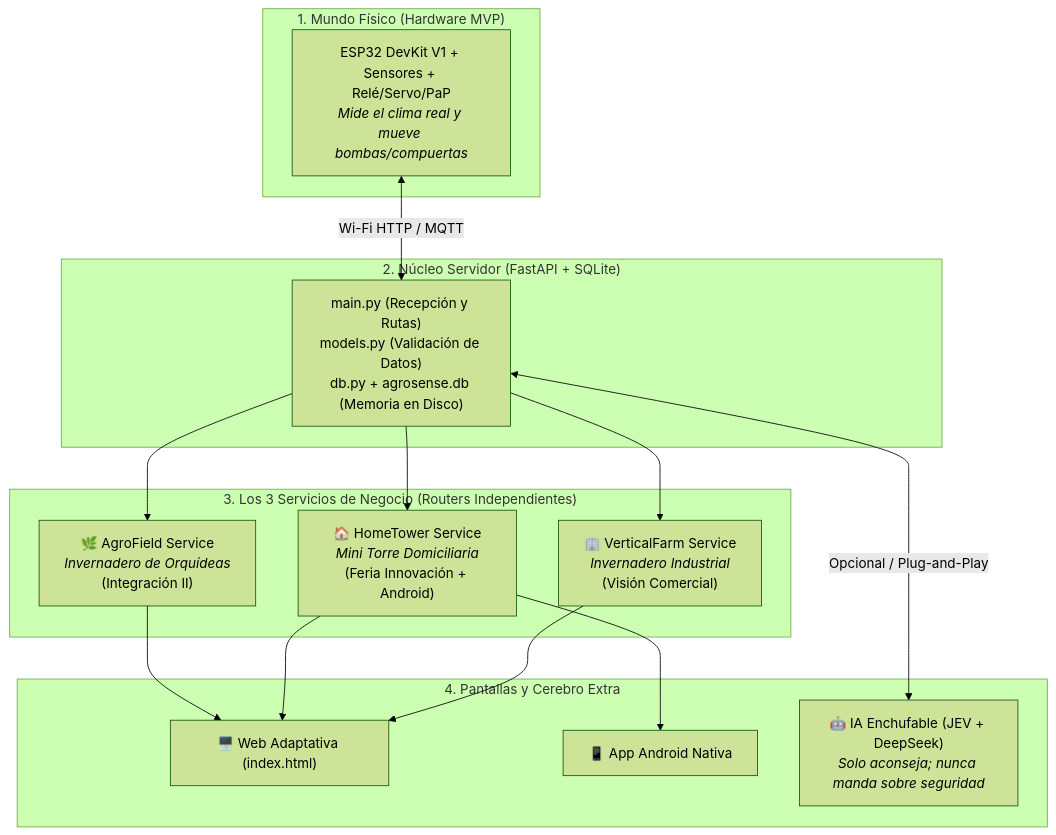
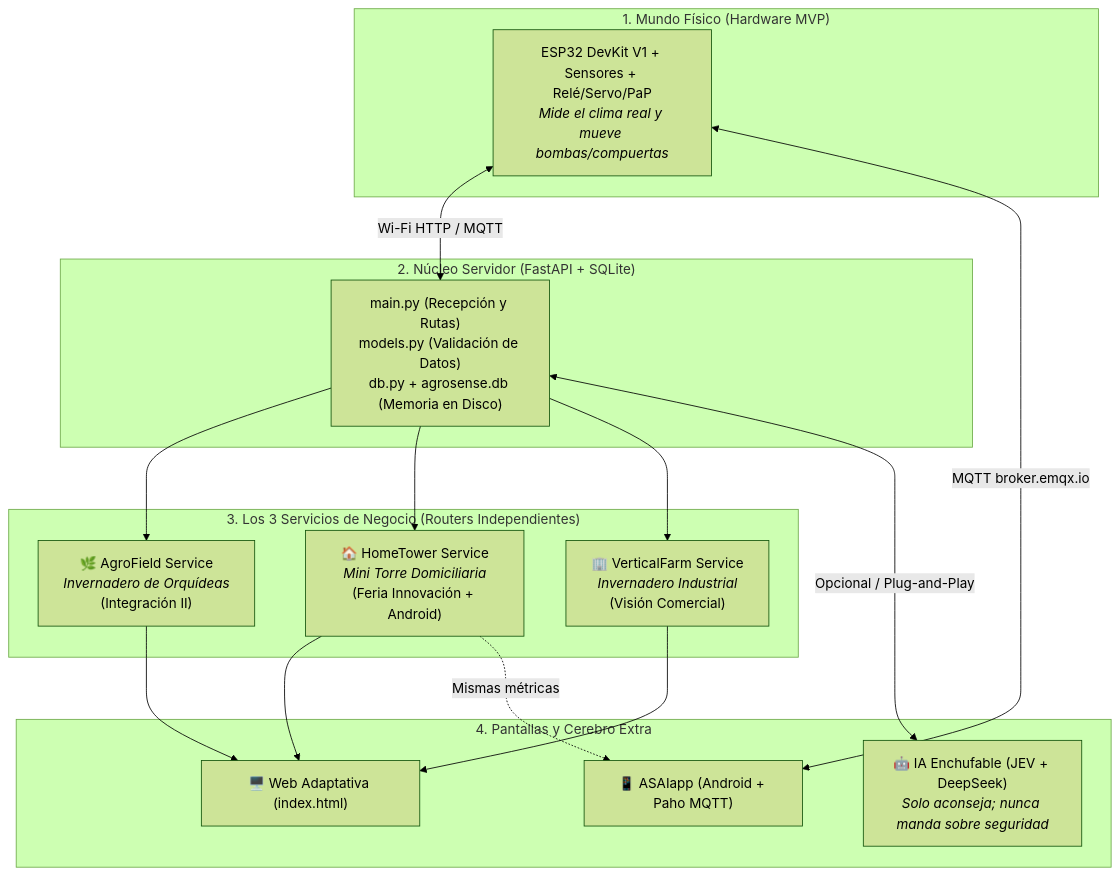
Before and after one commit to jasmnogu93/AGROSENSE_AI: the diagram in GUIA_ESTUDIO_Y_MAPA_DEL_SISTEMA.md, drawn with Mermaid (forest theme). The commit also changed other lines of this file and 51 other files, not shown here.

Commit message:
feat(iot,android): add ASAIapp MQTT Android project, ESP32 firmware and Miguel guide

````diff
--- a/GUIA_ESTUDIO_Y_MAPA_DEL_SISTEMA.md
+++ b/GUIA_ESTUDIO_Y_MAPA_DEL_SISTEMA.md
@@ -12,30 +12,31 @@
 ```mermaid
 flowchart TB
     subgraph MUNDO["1. Mundo Físico (Hardware MVP)"]
         ESP["ESP32 DevKit V1 + Sensores + Relé/Servo/PaP<br/><i>Mide el clima real y mueve bombas/compuertas</i>"]
     end
 
     subgraph NUCLEO["2. Núcleo Servidor (FastAPI + SQLite)"]
         HUB["main.py (Recepción y Rutas)<br/>models.py (Validación de Datos)<br/>db.py + agrosense.db (Memoria en Disco)"]
     end
 
     subgraph SERVICIOS["3. Los 3 Servicios de Negocio (Routers Independientes)"]
         S1["🌿 AgroField Service<br/><i>Invernadero de Orquídeas</i><br/>(Integración II)"]
         S2["🏠 HomeTower Service<br/><i>Mini Torre Domiciliaria</i><br/>(Feria Innovación + Android)"]
         S3["🏢 VerticalFarm Service<br/><i>Invernadero Industrial</i><br/>(Visión Comercial)"]
     end
 
     subgraph INTERFACES["4. Pantallas y Cerebro Extra"]
         WEB["🖥️ Web Adaptativa (index.html)"]
-        AND["📱 App Android Nativa"]
+        AND["📱 ASAIapp (Android + Paho MQTT)"]
         IA["🤖 IA Enchufable (JEV + DeepSeek)<br/><i>Solo aconseja; nunca manda sobre seguridad</i>"]
     end
 
     ESP <-->|Wi-Fi HTTP / MQTT| HUB
+    ESP <-->|MQTT broker.emqx.io| AND
     HUB --> S1
     HUB --> S2
     HUB --> S3
     S1 & S2 & S3 --> WEB
-    S2 --> AND
+    S2 -.->|Mismas métricas| AND
     HUB <-->|Opcional / Plug-and-Play| IA
 ```
````
